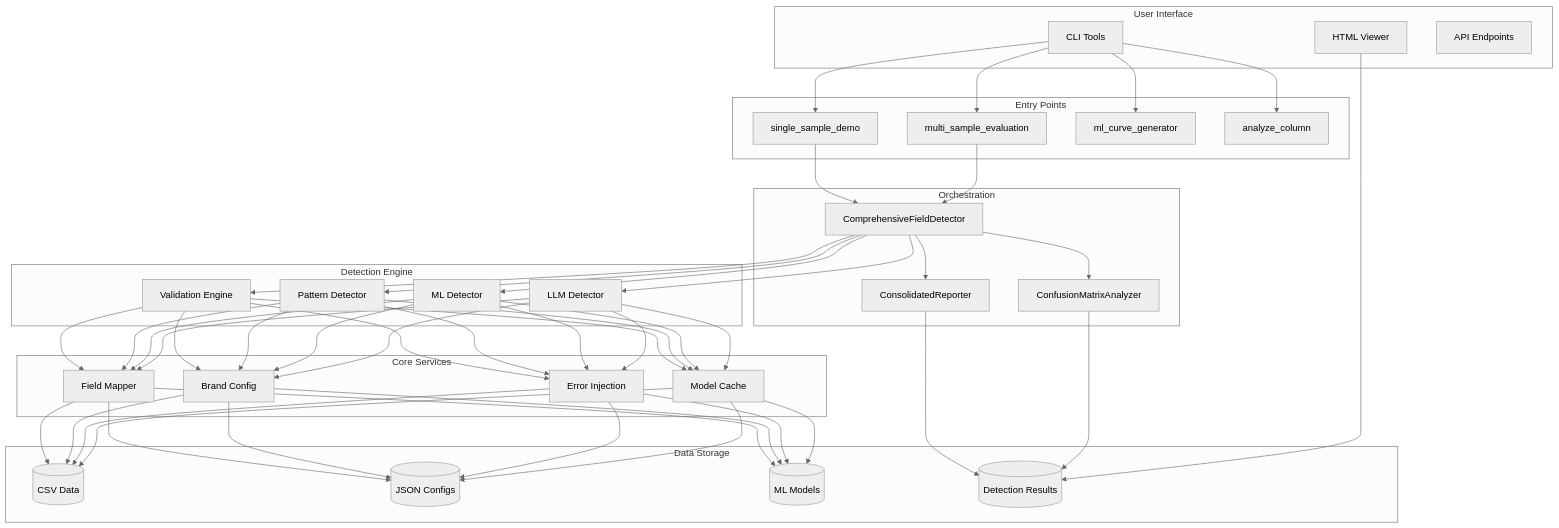
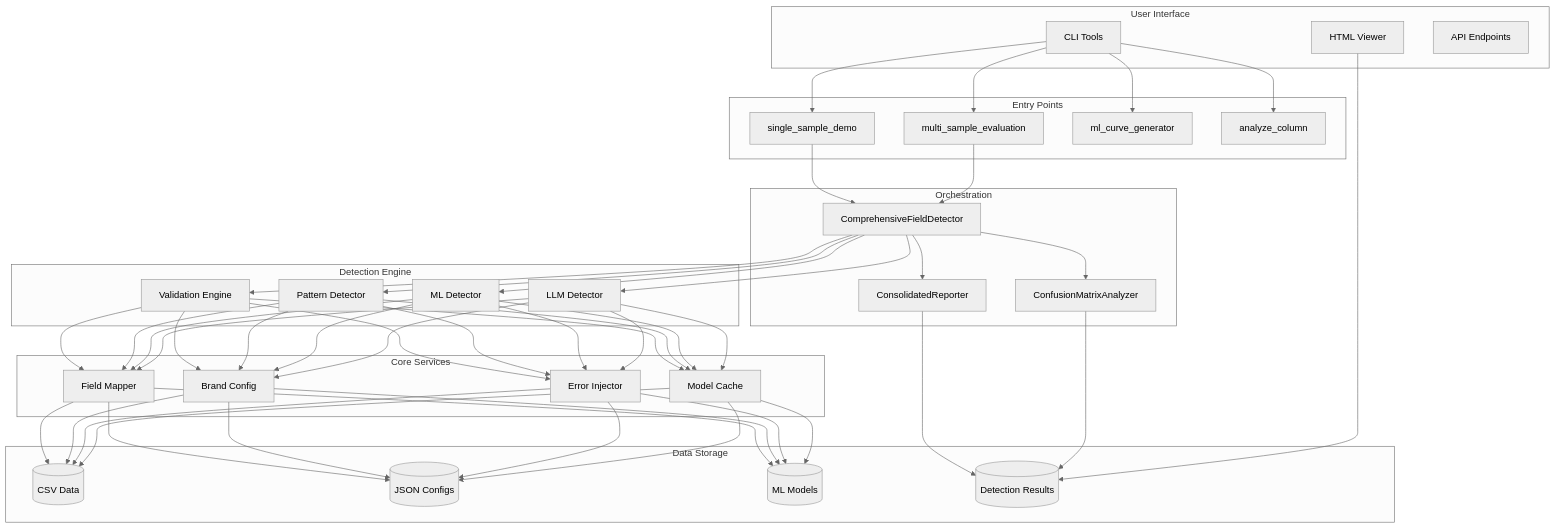
Before and after one commit to xafron-bv/data-quality-monitoring: the first of 6 diagrams in docs/architecture/overview.md, drawn with Mermaid (neutral theme). The commit also changed other lines of this file and 10 other files, not shown here.

````diff
--- a/docs/architecture/overview.md
+++ b/docs/architecture/overview.md
@@ -21,51 +21,51 @@
 ```mermaid
 graph TB
     subgraph "User Interface"
         UI1[CLI Tools]
         UI2[HTML Viewer]
         UI3[API Endpoints]
     end
     
     subgraph "Entry Points"
         EP1[single_sample_demo]
         EP2[multi_sample_evaluation]
         EP3[ml_curve_generator]
         EP4[analyze_column]
     end
     
     subgraph "Orchestration"
         O1[ComprehensiveFieldDetector]
         O2[ConsolidatedReporter]
         O3[ConfusionMatrixAnalyzer]
     end
     
     subgraph "Detection Engine"
         DE1[Validation Engine]
         DE2[Pattern Detector]
         DE3[ML Detector]
         DE4[LLM Detector]
     end
     
     subgraph "Core Services"
         CS1[Field Mapper]
         CS2[Brand Config]
-        CS3[Error Injection]
+        CS3[Error Injector]
         CS4[Model Cache]
     end
     
     subgraph "Data Storage"
         DS1[(CSV Data)]
         DS2[(JSON Configs)]
         DS3[(ML Models)]
         DS4[(Detection Results)]
     end
     
     UI1 --> EP1 & EP2 & EP3 & EP4
     EP1 & EP2 --> O1
     O1 --> DE1 & DE2 & DE3 & DE4
     DE1 & DE2 & DE3 & DE4 --> CS1 & CS2 & CS3 & CS4
     CS1 & CS2 & CS3 & CS4 --> DS1 & DS2 & DS3
     O1 --> O2 & O3
     O2 & O3 --> DS4
     UI2 --> DS4
 ```
````
